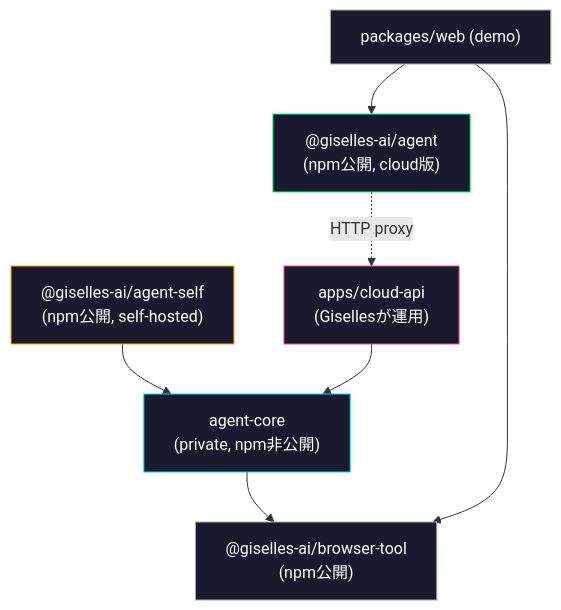
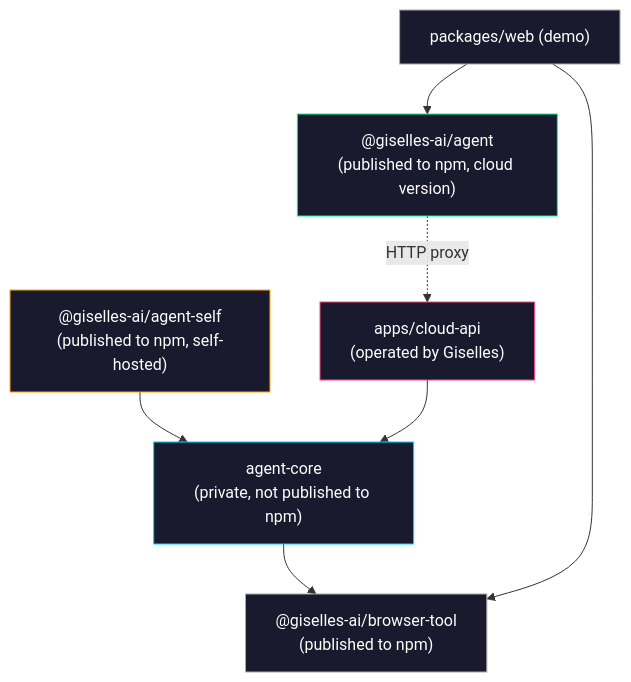
Before and after one commit to giselles-ai/agent-container: the second of 2 diagrams in docs/cloud-service-implementation-plan.md, drawn with Mermaid. The commit also changed other lines of this file and 7 other files, not shown here.

````diff
--- a/docs/cloud-service-implementation-plan.md
+++ b/docs/cloud-service-implementation-plan.md
@@ -175,27 +175,27 @@
 ```mermaid
 graph TD
-    BT["@giselles-ai/browser-tool<br/>(npm公開)"]
+    BT["@giselles-ai/browser-tool<br/>(published to npm)"]
 
-    AC["agent-core<br/>(private, npm非公開)"]
+    AC["agent-core<br/>(private, not published to npm)"]
     AC --> BT
 
-    AS["@giselles-ai/agent-self<br/>(npm公開, self-hosted)"]
+    AS["@giselles-ai/agent-self<br/>(published to npm, self-hosted)"]
     AS --> AC
 
-    CA["apps/cloud-api<br/>(Gisellesが運用)"]
+    CA["apps/cloud-api<br/>(operated by Giselles)"]
     CA --> AC
 
-    AG["@giselles-ai/agent<br/>(npm公開, cloud版)"]
+    AG["@giselles-ai/agent<br/>(published to npm, cloud version)"]
     AG -.->|"HTTP proxy"| CA
 
     WEB["packages/web (demo)"]
     WEB --> AG
     WEB --> BT
 
     style AC fill:#1a1a2e,stroke:#00d9ff,color:#fff
     style AG fill:#1a1a2e,stroke:#00ff88,color:#fff
     style AS fill:#1a1a2e,stroke:#ffaa00,color:#fff
     style CA fill:#1a1a2e,stroke:#ff4488,color:#fff
     style BT fill:#1a1a2e,stroke:#aaaaaa,color:#fff
     style WEB fill:#1a1a2e,stroke:#aaaaaa,color:#fff
 ```
````
